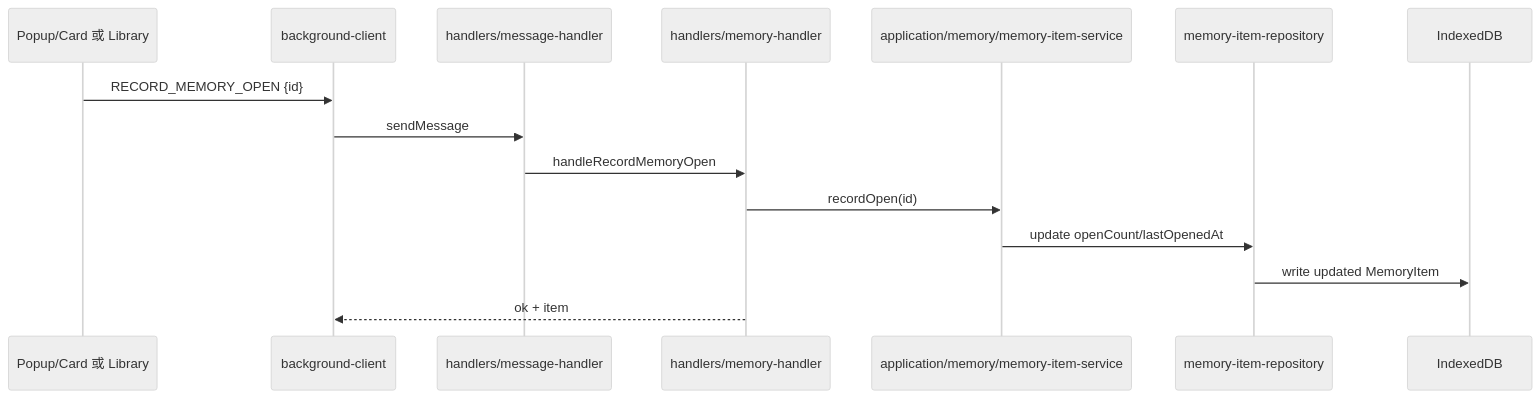
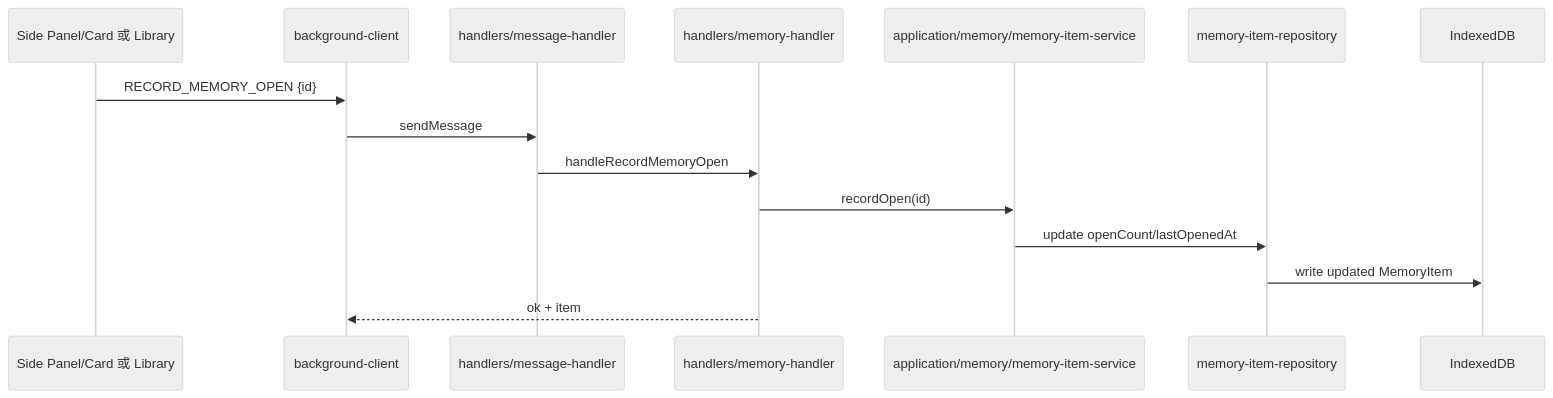
The fourth of 5 diagrams in docs/architecture/Yiveno-运行时架构流程-v1.md (yiveno/yiveno), drawn with Mermaid (neutral theme) before and after one commit. The commit also changed other lines of this file and 5 other files, not shown here.

````diff
--- a/docs/architecture/Yiveno-运行时架构流程-v1.md
+++ b/docs/architecture/Yiveno-运行时架构流程-v1.md
@@ -275,18 +275,18 @@
 ```mermaid
 sequenceDiagram
-  participant UI as Popup/Card 或 Library
+  participant UI as Side Panel/Card 或 Library
   participant BC as background-client
   participant MH as handlers/message-handler
   participant MHB as handlers/memory-handler
   participant APP as application/memory/memory-item-service
   participant REPO as memory-item-repository
   participant IDB as IndexedDB
 
   UI->>BC: RECORD_MEMORY_OPEN {id}
   BC->>MH: sendMessage
   MH->>MHB: handleRecordMemoryOpen
   MHB->>APP: recordOpen(id)
   APP->>REPO: update openCount/lastOpenedAt
   REPO->>IDB: write updated MemoryItem
   MHB-->>BC: ok + item
 ```
````
